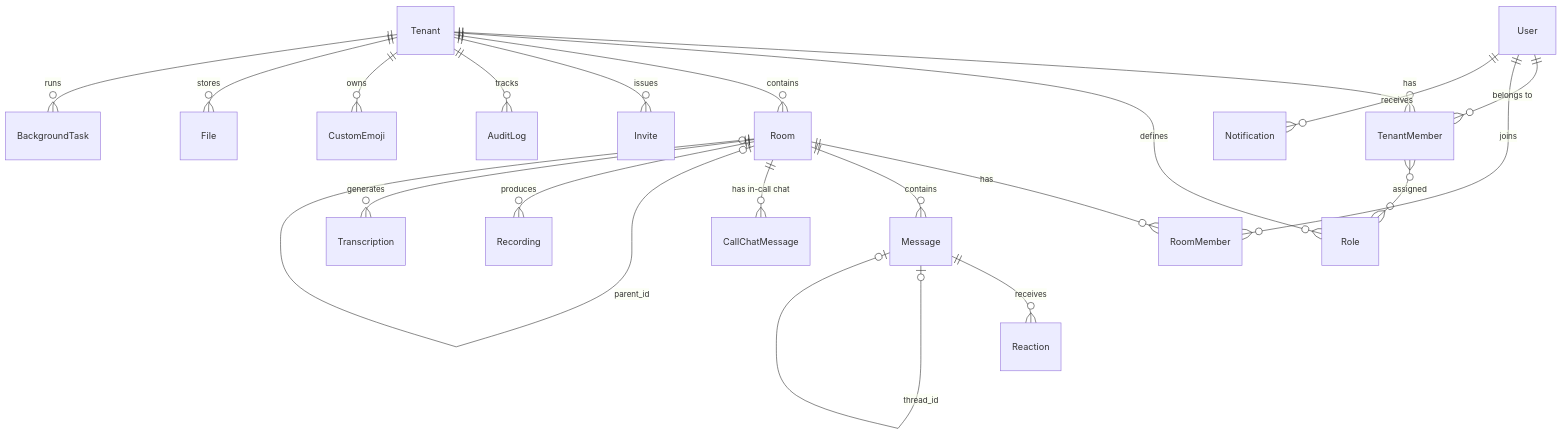
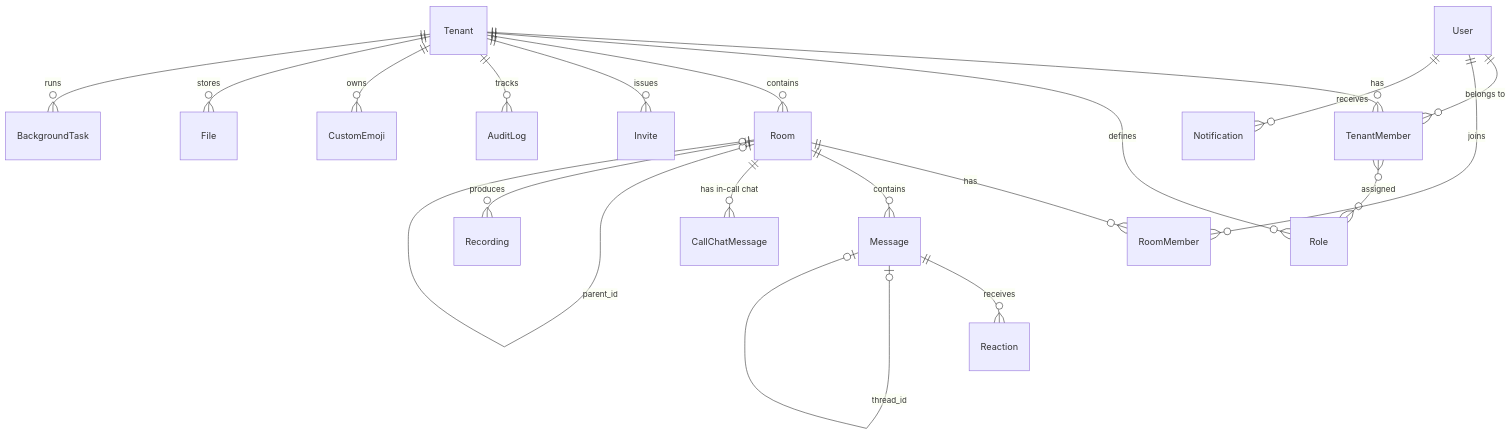
The diagram in docs/data-model.md (gjovanov/roomler-ai), drawn with Mermaid before and after one commit. The commit also changed other lines of this file and 63 other files, not shown here.

````diff
--- a/docs/data-model.md
+++ b/docs/data-model.md
@@ -7,23 +7,22 @@
 ```mermaid
 erDiagram
     User ||--o{ TenantMember : "belongs to"
     Tenant ||--o{ TenantMember : "has"
     Tenant ||--o{ Role : "defines"
     Tenant ||--o{ Room : "contains"
     Tenant ||--o{ Invite : "issues"
     Tenant ||--o{ AuditLog : "tracks"
     Tenant ||--o{ CustomEmoji : "owns"
     TenantMember }o--o{ Role : "assigned"
     Room ||--o{ RoomMember : "has"
     Room ||--o{ Message : "contains"
     Room ||--o{ CallChatMessage : "has in-call chat"
     Room o|--o| Room : "parent_id"
     User ||--o{ RoomMember : "joins"
     Message ||--o{ Reaction : "receives"
     Message o|--o| Message : "thread_id"
     Room ||--o{ Recording : "produces"
-    Room ||--o{ Transcription : "generates"
     Tenant ||--o{ File : "stores"
     Tenant ||--o{ BackgroundTask : "runs"
     User ||--o{ Notification : "receives"
 ```
````
